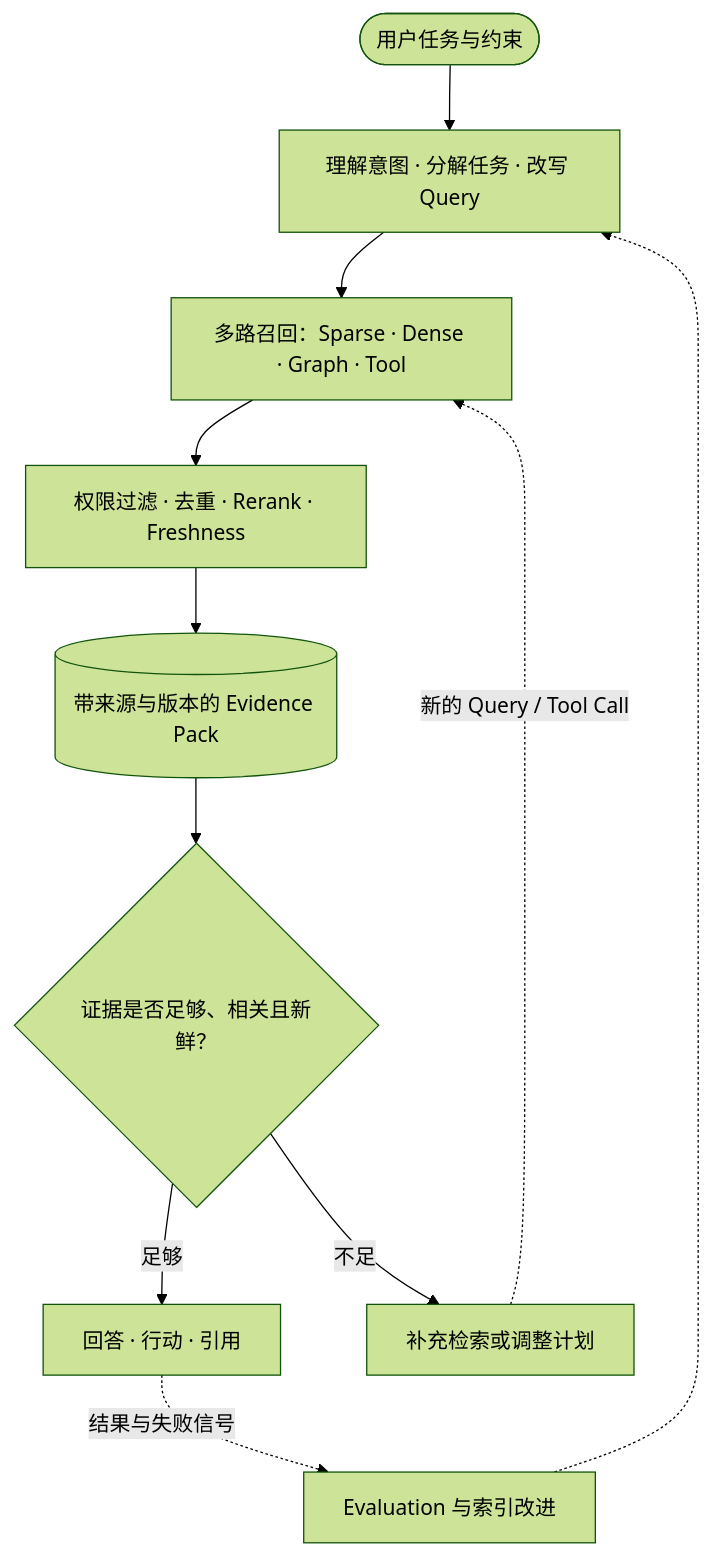
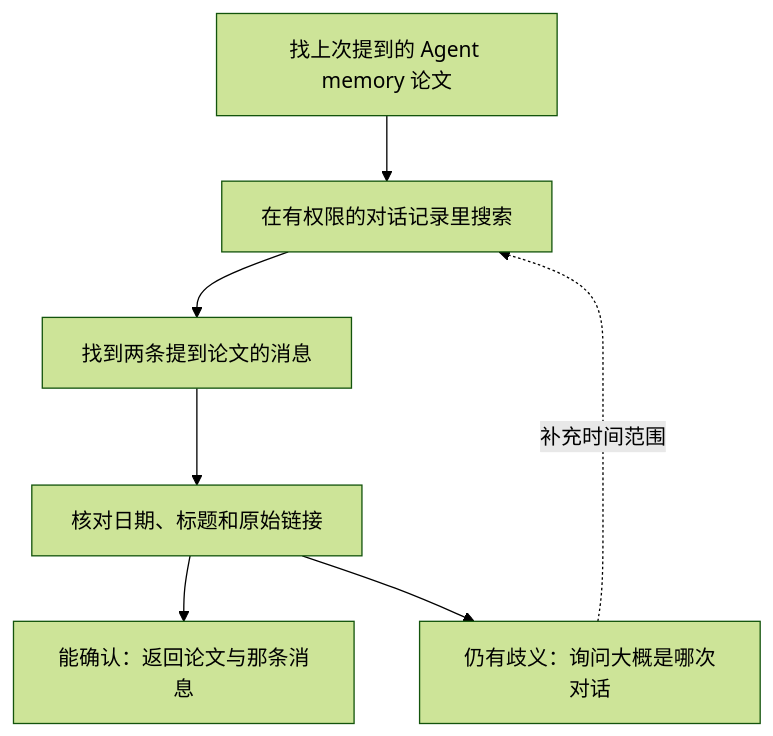
The diagram in 04-search/README.md (tianyi-zhang-02/cooking-agi), drawn with Mermaid (forest theme) before and after one commit. The commit also changed other lines of this file and 457 other files, not shown here.

````diff
--- a/04-search/README.md
+++ b/04-search/README.md
@@ -25,13 +36,9 @@
 ```mermaid
 flowchart TB
-    A(["用户任务与约束"]) --> B["理解意图 · 分解任务 · 改写 Query"]
-    B --> C["多路召回：Sparse · Dense · Graph · Tool"]
-    C --> D["权限过滤 · 去重 · Rerank · Freshness"]
-    D --> E[("带来源与版本的 Evidence Pack")]
-    E --> F{"证据是否足够、相关且新鲜？"}
-    F -- "足够" --> G["回答 · 行动 · 引用"]
-    F -- "不足" --> H["补充检索或调整计划"]
-    H -. "新的 Query / Tool Call" .-> C
-    G -. "结果与失败信号" .-> I["Evaluation 与索引改进"]
-    I -.-> B
+    query["找上次提到的 Agent memory 论文"] --> history["在有权限的对话记录里搜索"]
+    history --> matches["找到两条提到论文的消息"]
+    matches --> check["核对日期、标题和原始链接"]
+    check --> found["能确认：返回论文与那条消息"]
+    check --> unclear["仍有歧义：询问大概是哪次对话"]
+    unclear -. "补充时间范围" .-> history
 ```
````
